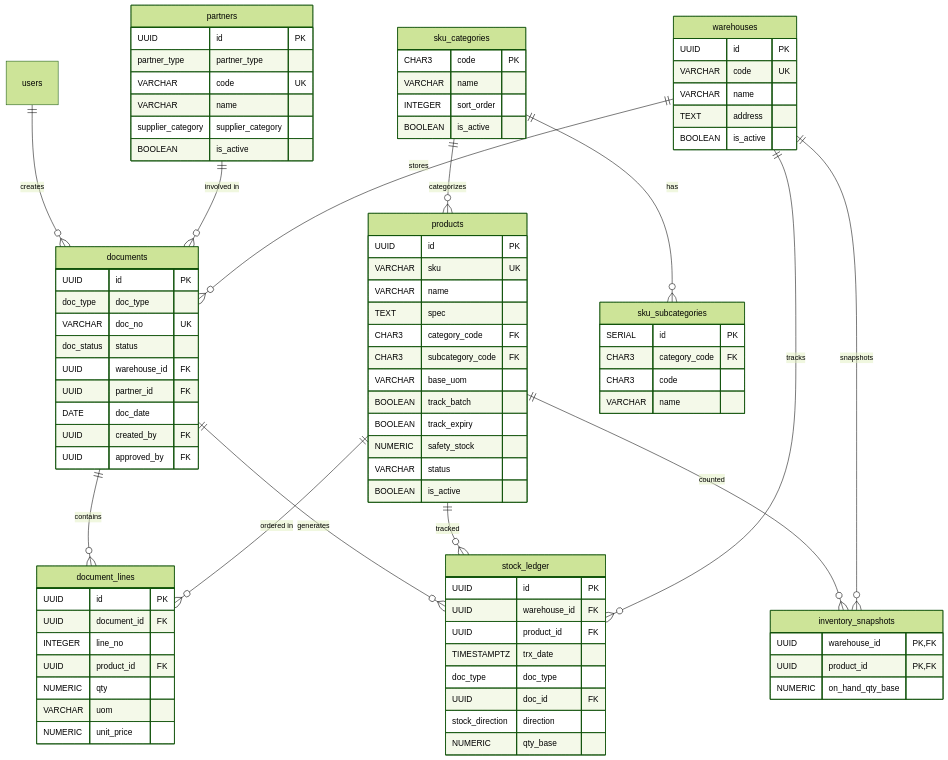
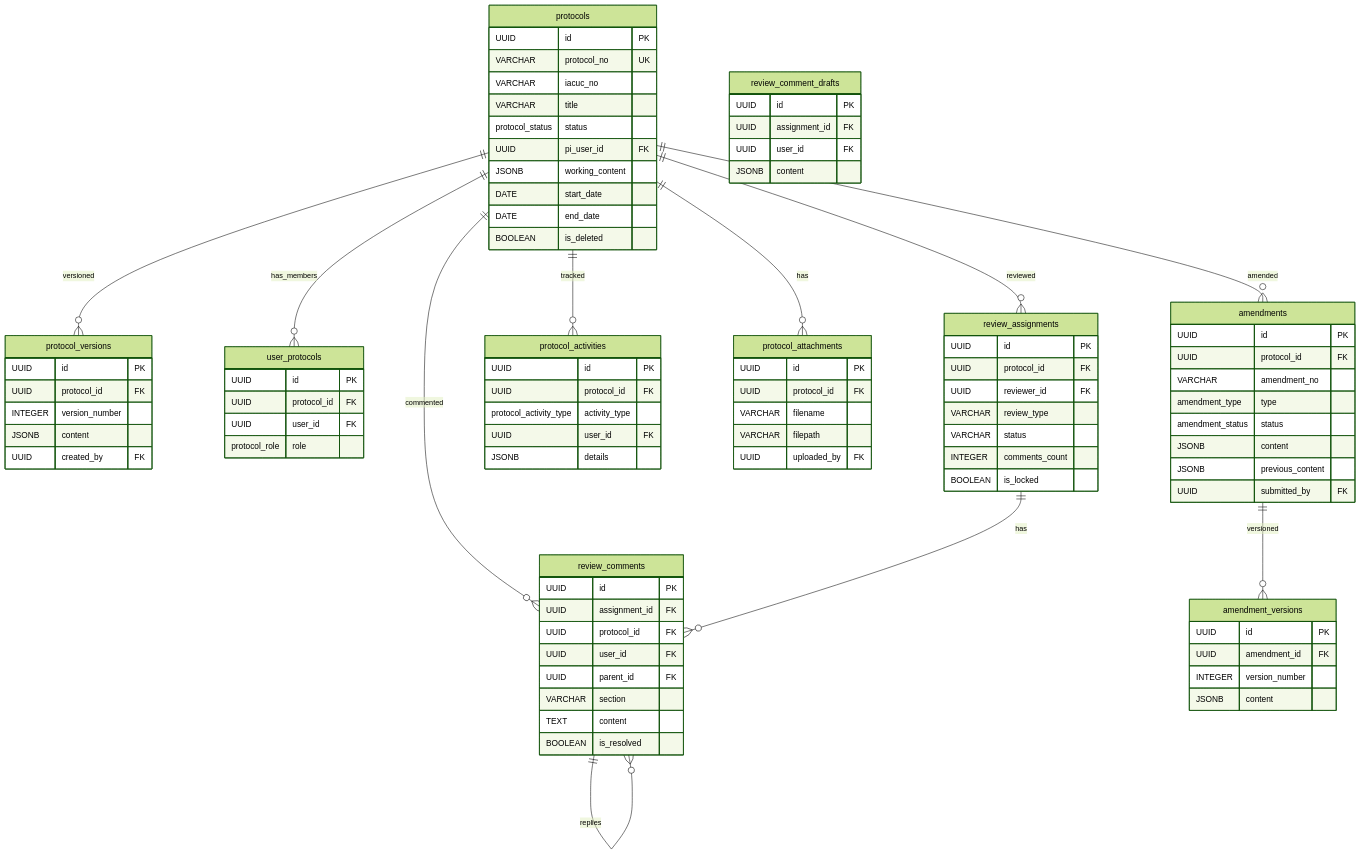
Before and after one commit to delightening/ipig_system: the third of 11 diagrams in Profiling_Spec/database_erd.md, drawn with Mermaid (forest theme). The commit also changed other lines of this file and 71 other files, not shown here.

````diff
--- a/Profiling_Spec/database_erd.md
+++ b/Profiling_Spec/database_erd.md
@@ -132,100 +155,103 @@
 ```mermaid
 erDiagram
-    warehouses ||--o{ documents : "stores"
-    warehouses ||--o{ stock_ledger : "tracks"
-    warehouses ||--o{ inventory_snapshots : "snapshots"
-    products ||--o{ document_lines : "ordered in"
-    products ||--o{ stock_ledger : "tracked"
-    products ||--o{ inventory_snapshots : "counted"
-    partners ||--o{ documents : "involved in"
-    documents ||--o{ document_lines : "contains"
-    documents ||--o{ stock_ledger : "generates"
-    sku_categories ||--o{ sku_subcategories : "has"
-    sku_categories ||--o{ products : "categorizes"
-    users ||--o{ documents : "creates"
-    
-    warehouses {
+    protocols {
         UUID id PK
-        VARCHAR code UK
-        VARCHAR name
-        TEXT address
-        BOOLEAN is_active
+        VARCHAR protocol_no UK
+        VARCHAR iacuc_no
+        VARCHAR title
+        protocol_status status
+        UUID pi_user_id FK
+        JSONB working_content
+        DATE start_date
+        DATE end_date
+        BOOLEAN is_deleted
     }
-    
-    sku_categories {
-        CHAR3 code PK
-        VARCHAR name
-        INTEGER sort_order
-        BOOLEAN is_active
+
+    protocol_versions {
+        UUID id PK
+        UUID protocol_id FK
+        INTEGER version_number
+        JSONB content
+        UUID created_by FK
     }
-    
-    sku_subcategories {
-        SERIAL id PK
-        CHAR3 category_code FK
-        CHAR3 code
-        VARCHAR name
+
+    user_protocols {
+        UUID id PK
+        UUID protocol_id FK
+        UUID user_id FK
+        protocol_role role
     }
-    
-    products {
+
+    review_assignments {
         UUID id PK
-        VARCHAR sku UK
-        VARCHAR name
-        TEXT spec
-        CHAR3 category_code FK
-        CHAR3 subcategory_code FK
-        VARCHAR base_uom
-        BOOLEAN track_batch
-        BOOLEAN track_expiry
-        NUMERIC safety_stock
+        UUID protocol_id FK
+        UUID reviewer_id FK
+        VARCHAR review_type
         VARCHAR status
-        BOOLEAN is_active
+        INTEGER comments_count
+        BOOLEAN is_locked
     }
-    
-    partners {
+
+    review_comments {
         UUID id PK
-        partner_type partner_type
-        VARCHAR code UK
-        VARCHAR name
-        supplier_category supplier_category
-        BOOLEAN is_active
+        UUID assignment_id FK
+        UUID protocol_id FK
+        UUID user_id FK
+        UUID parent_id FK
+        VARCHAR section
+        TEXT content
+        BOOLEAN is_resolved
     }
-    
-    documents {
+
+    review_comment_drafts {
         UUID id PK
-        doc_type doc_type
-        VARCHAR doc_no UK
-        doc_status status
-        UUID warehouse_id FK
-        UUID partner_id FK
-        DATE doc_date
-        UUID created_by FK
-        UUID approved_by FK
+        UUID assignment_id FK
+        UUID user_id FK
+        JSONB content
     }
-    
-    document_lines {
+
+    protocol_activities {
         UUID id PK
-        UUID document_id FK
-        INTEGER line_no
-        UUID product_id FK
-        NUMERIC qty
-        VARCHAR uom
-        NUMERIC unit_price
+        UUID protocol_id FK
+        protocol_activity_type activity_type
+        UUID user_id FK
+        JSONB details
     }
-    
-    stock_ledger {
+
+    protocol_attachments {
         UUID id PK
-        UUID warehouse_id FK
-        UUID product_id FK
-        TIMESTAMPTZ trx_date
-        doc_type doc_type
-        UUID doc_id FK
-        stock_direction direction
-        NUMERIC qty_base
+        UUID protocol_id FK
+        VARCHAR filename
+        VARCHAR filepath
+        UUID uploaded_by FK
     }
-    
-    inventory_snapshots {
-        UUID warehouse_id PK,FK
-        UUID product_id PK,FK
-        NUMERIC on_hand_qty_base
+
+    amendments {
+        UUID id PK
+        UUID protocol_id FK
+        VARCHAR amendment_no
+        amendment_type type
+        amendment_status status
+        JSONB content
+        JSONB previous_content
+        UUID submitted_by FK
     }
+
+    amendment_versions {
+        UUID id PK
+        UUID amendment_id FK
+        INTEGER version_number
+        JSONB content
+    }
+
+    protocols ||--o{ protocol_versions : versioned
+    protocols ||--o{ user_protocols : has_members
+    protocols ||--o{ review_assignments : reviewed
+    protocols ||--o{ review_comments : commented
+    protocols ||--o{ protocol_activities : tracked
+    protocols ||--o{ protocol_attachments : has
+    protocols ||--o{ amendments : amended
+    review_assignments ||--o{ review_comments : has
+    review_comments ||--o{ review_comments : replies
+    amendments ||--o{ amendment_versions : versioned
 ```
````
